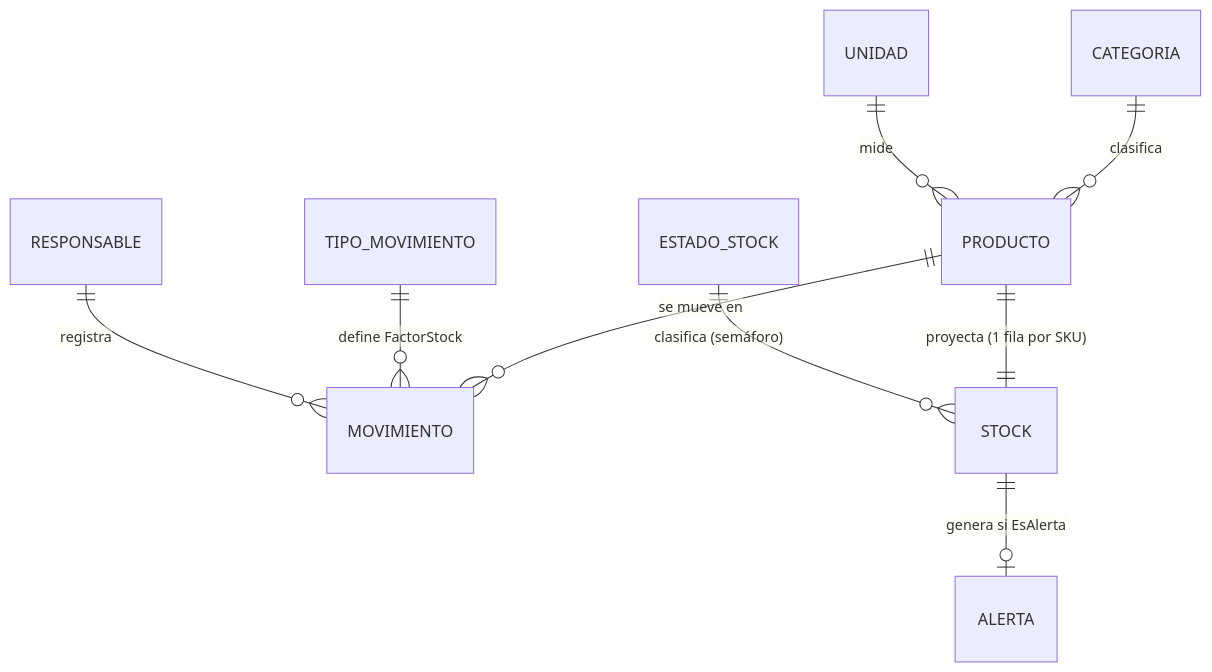
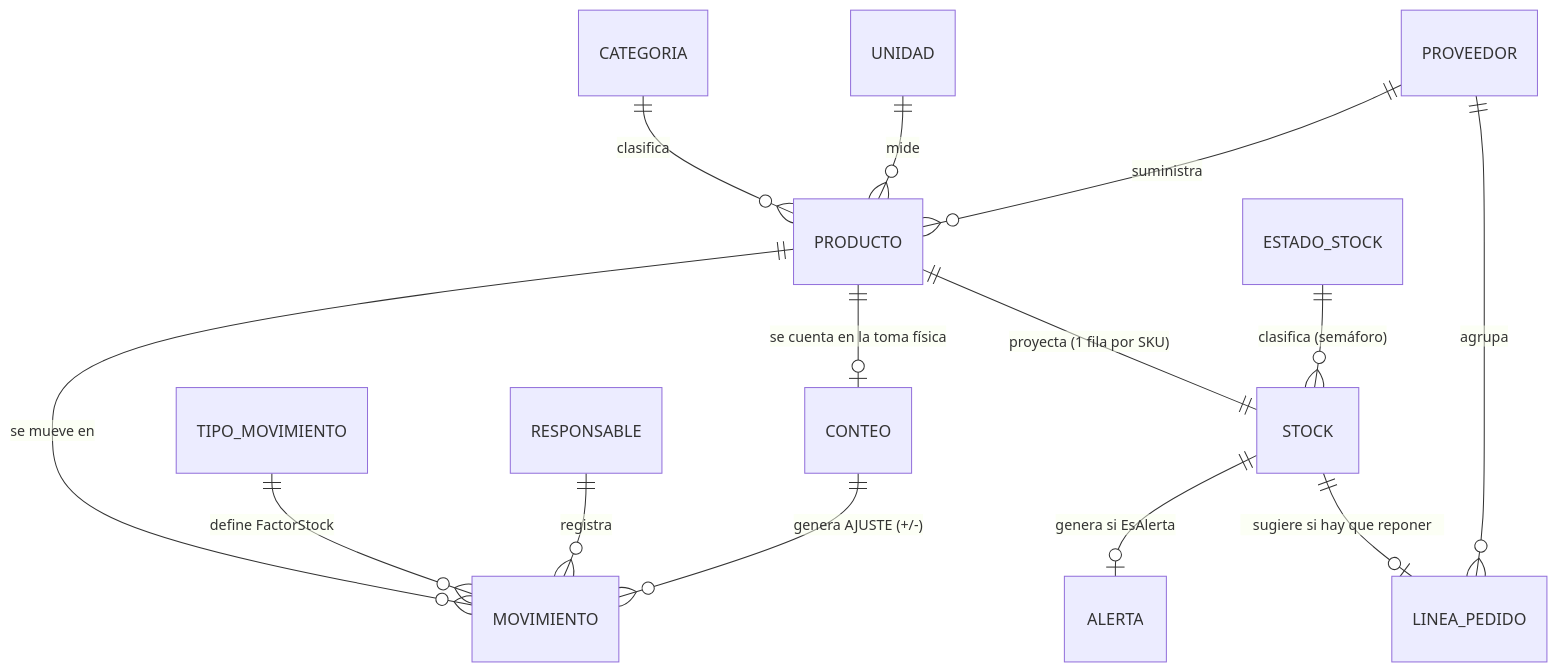
Before and after one commit to ZPSoftwareFastSolutions/ZP-MINV-Platform: the diagram in docs/architecture/data-dictionary.md, drawn with Mermaid. The commit also changed other lines of this file and 68 other files, not shown here.

````diff
--- a/docs/architecture/data-dictionary.md
+++ b/docs/architecture/data-dictionary.md
@@ -18,11 +20,16 @@
 ```mermaid
 erDiagram
     CATEGORIA ||--o{ PRODUCTO : clasifica
     UNIDAD ||--o{ PRODUCTO : mide
+    PROVEEDOR ||--o{ PRODUCTO : suministra
     PRODUCTO ||--o{ MOVIMIENTO : "se mueve en"
     TIPO_MOVIMIENTO ||--o{ MOVIMIENTO : "define FactorStock"
     RESPONSABLE ||--o{ MOVIMIENTO : registra
     PRODUCTO ||--|| STOCK : "proyecta (1 fila por SKU)"
     ESTADO_STOCK ||--o{ STOCK : "clasifica (semáforo)"
     STOCK ||--o| ALERTA : "genera si EsAlerta"
+    STOCK ||--o| LINEA_PEDIDO : "sugiere si hay que reponer"
+    PROVEEDOR ||--o{ LINEA_PEDIDO : agrupa
+    PRODUCTO ||--o| CONTEO : "se cuenta en la toma física"
+    CONTEO ||--o{ MOVIMIENTO : "genera AJUSTE (+/-)"
 ```
````
